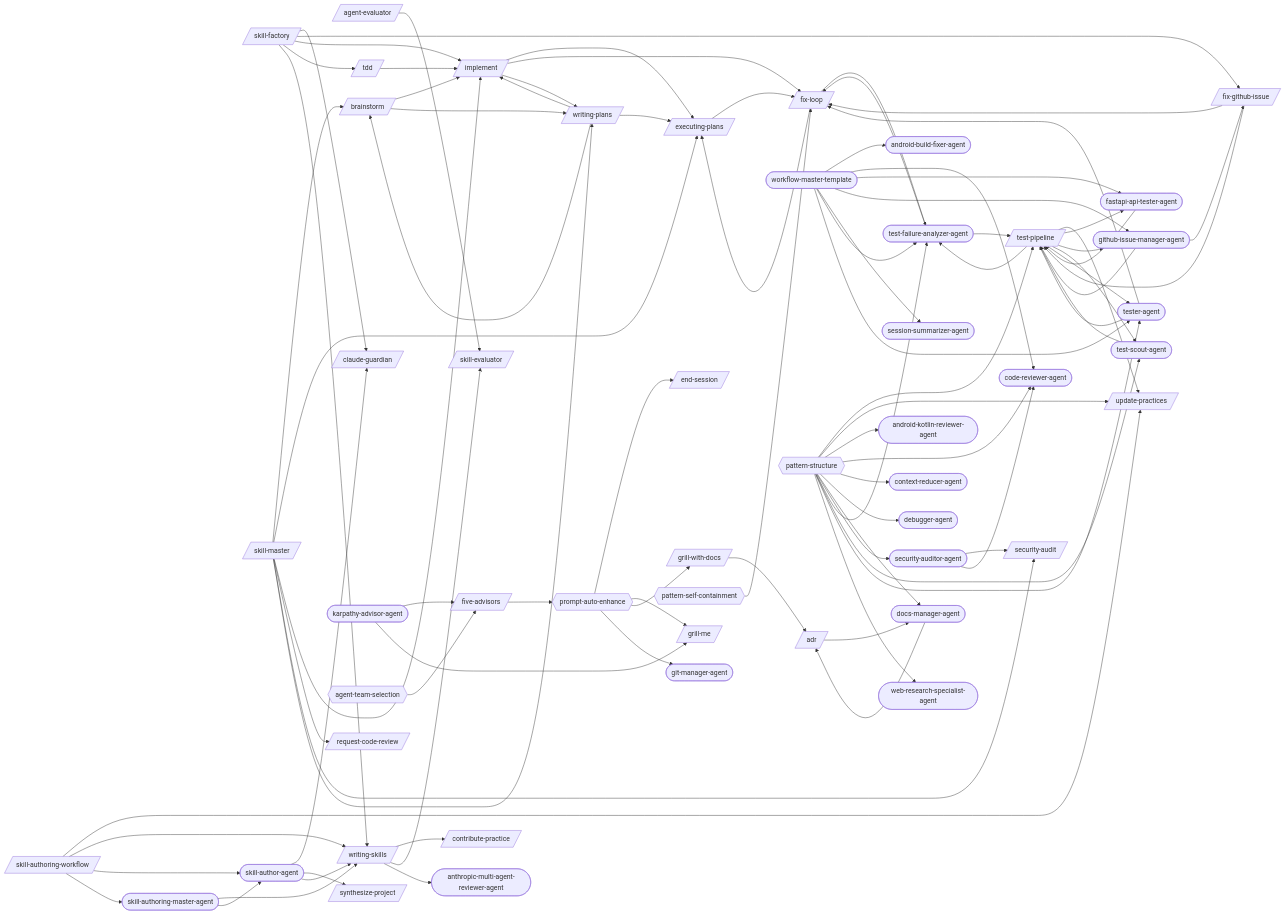
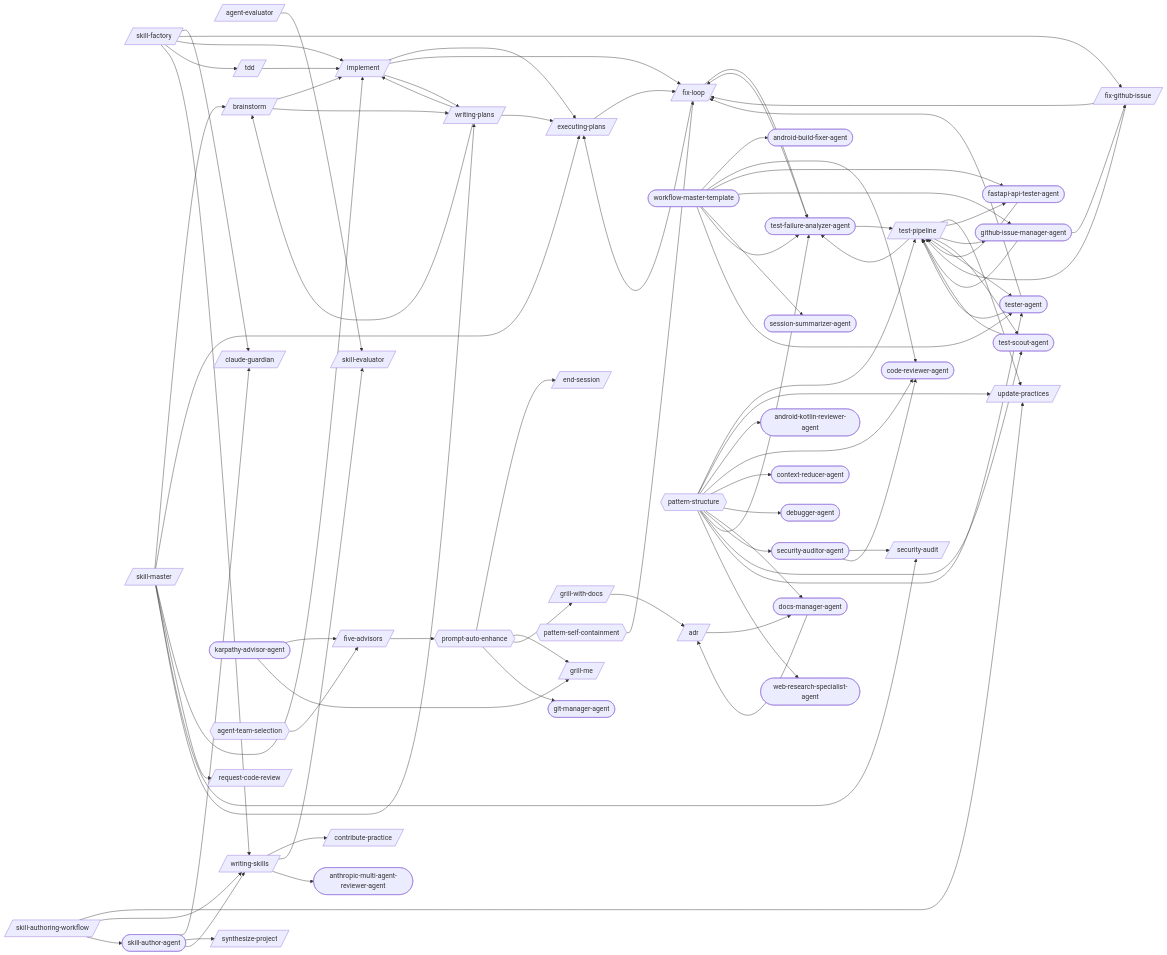
Before and after one commit to abhayla/claude-best-practices: the first of 30 diagrams in docs/workflows/skill-authoring.md, drawn with Mermaid. The commit also changed other lines of this file and 29 other files, not shown here.

```diff
--- a/docs/workflows/skill-authoring.md
+++ b/docs/workflows/skill-authoring.md
@@ -47,7 +47,6 @@
     security_auditor_agent([security-auditor-agent])
     session_summarizer_agent([session-summarizer-agent])
     skill_author_agent([skill-author-agent])
-    skill_authoring_master_agent([skill-authoring-master-agent])
     test_failure_analyzer_agent([test-failure-analyzer-agent])
     test_scout_agent([test-scout-agent])
     tester_agent([tester-agent])
@@ -78,7 +77,6 @@
     skill_authoring_workflow --> update_practices
     skill_authoring_workflow --> writing_skills
     skill_authoring_workflow --> skill_author_agent
-    skill_authoring_workflow --> skill_authoring_master_agent
     skill_factory --> claude_guardian
     skill_factory --> fix_github_issue
     skill_factory --> implement
@@ -114,8 +112,6 @@
     skill_author_agent --> claude_guardian
     skill_author_agent --> synthesize_project
     skill_author_agent --> writing_skills
-    skill_authoring_master_agent --> writing_skills
-    skill_authoring_master_agent --> skill_author_agent
     test_failure_analyzer_agent --> fix_loop
     test_failure_analyzer_agent --> test_pipeline
     test_scout_agent --> test_pipeline
```
